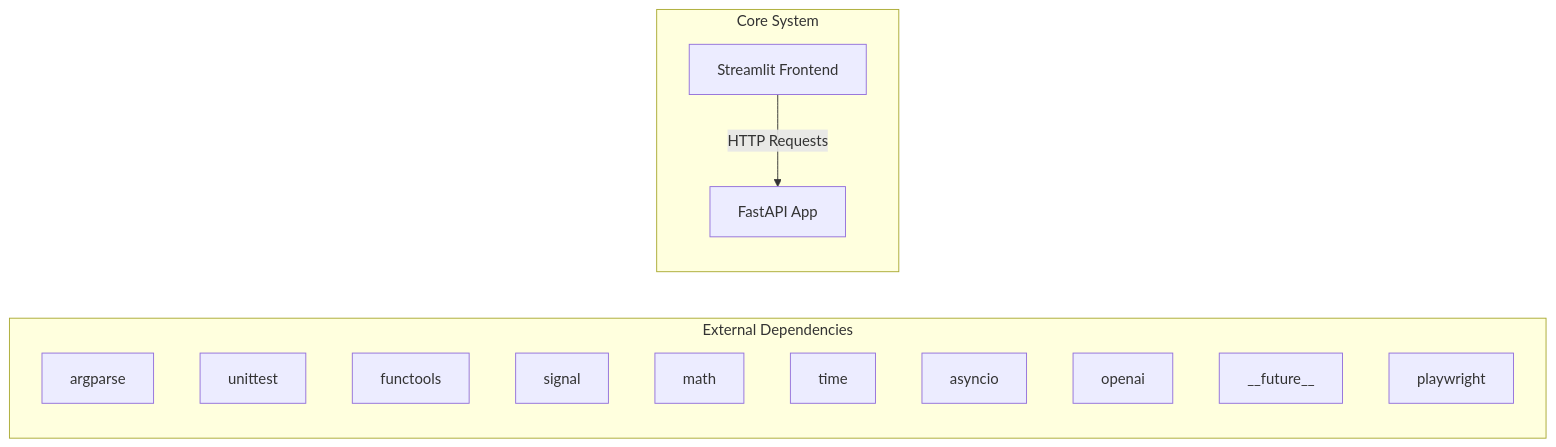
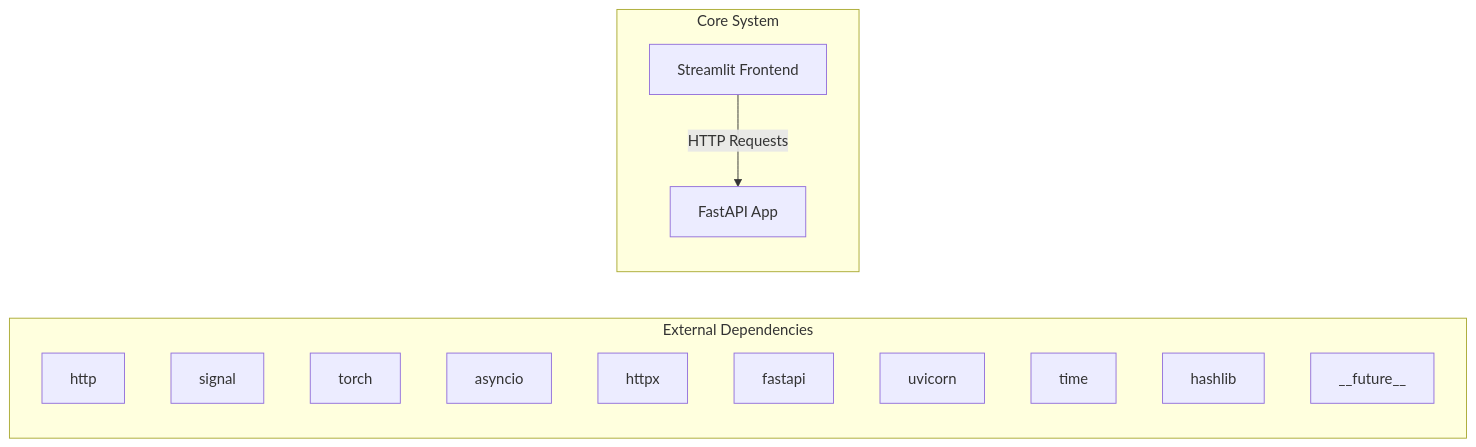
One commit to NITISH-R-G/rag-context-optimizer changed the first of 2 diagrams in docs/architecture.md. Above: the diagram before and after it, drawn with Mermaid. The commit also changed other lines of this file and 1 other file, not shown here.

Commit message:
docs: auto-update repository knowledge, architecture diagrams, and documentation

````diff
--- a/docs/architecture.md
+++ b/docs/architecture.md
@@ -7,20 +7,20 @@
 ```mermaid
 graph LR
     subgraph External Dependencies
-        E0["argparse"]
-        E1["unittest"]
-        E2["functools"]
-        E3["signal"]
-        E4["math"]
-        E5["time"]
-        E6["asyncio"]
-        E7["openai"]
-        E8["__future__"]
-        E9["playwright"]
+        E0["http"]
+        E1["signal"]
+        E2["torch"]
+        E3["asyncio"]
+        E4["httpx"]
+        E5["fastapi"]
+        E6["uvicorn"]
+        E7["time"]
+        E8["hashlib"]
+        E9["__future__"]
     end
     subgraph Core System
         API["FastAPI App"]
         UI["Streamlit Frontend"]
     end
     UI -->|HTTP Requests| API
 ```
````
